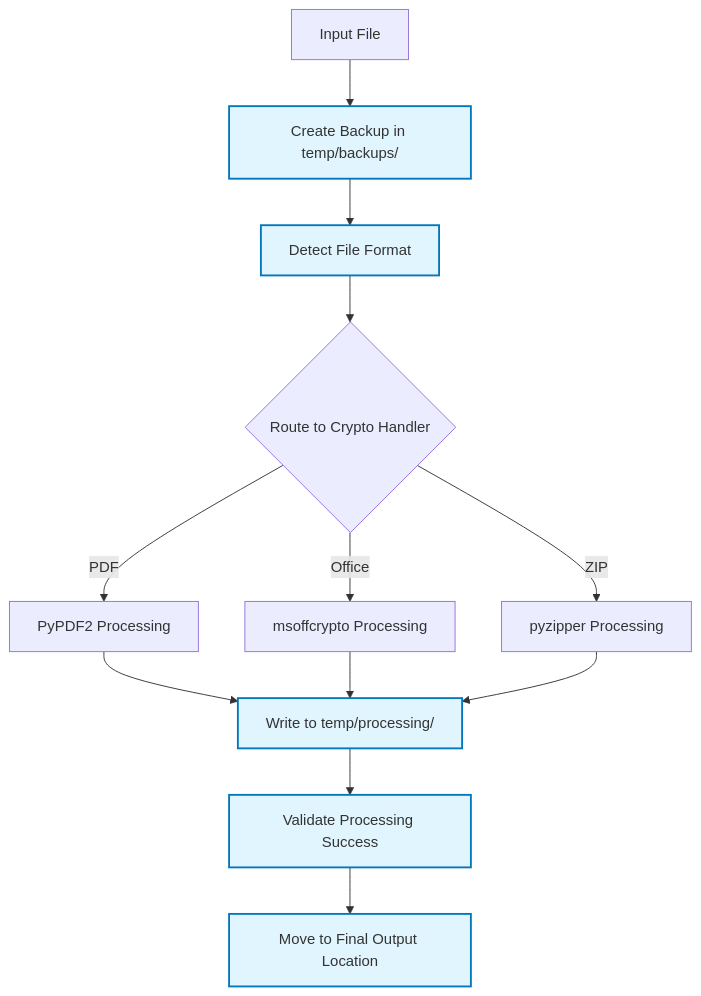
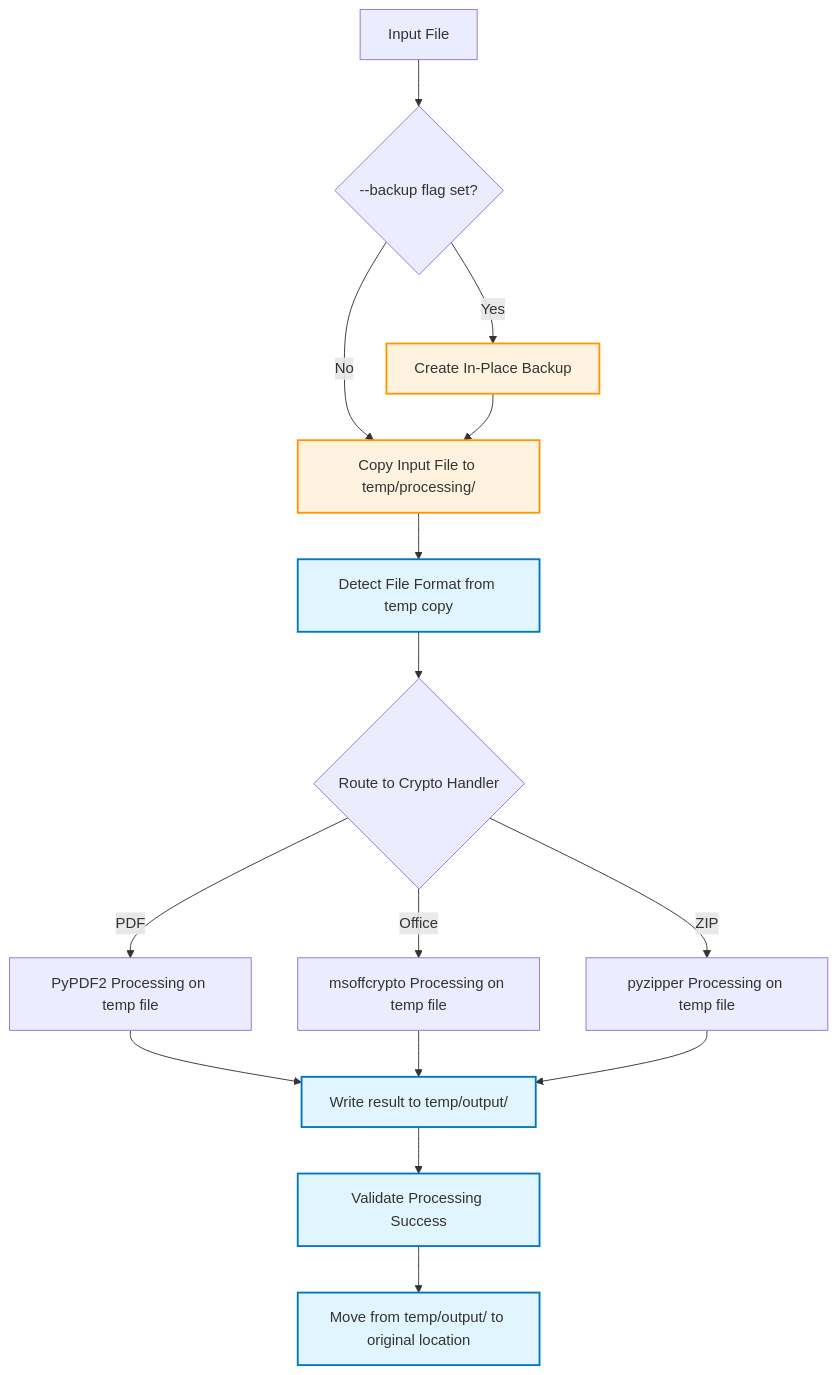
Before and after one commit to tenpainator/fast_pass: the second of 3 diagrams in dev/fastpass_business_logic.md, drawn with Mermaid. The commit also changed other lines of this file and 1 other file, not shown here.

First line of the commit message:
Update backup location to in-place, implement temp-first processing workflow, and add comprehensive password handling

````diff
--- a/dev/fastpass_business_logic.md
+++ b/dev/fastpass_business_logic.md
@@ -63,20 +91,26 @@
 ```mermaid
 flowchart TD
-    FileInput[Input File] --> CreateBackup[Create Backup in temp/backups/]
-    CreateBackup --> DetectFormat[Detect File Format]
+    FileInput[Input File] --> CheckBackup{--backup flag set?}
+    CheckBackup -->|Yes| CreateBackup[Create In-Place Backup]
+    CheckBackup -->|No| MoveToTemp[Copy Input File to temp/processing/]
+    CreateBackup --> MoveToTemp
+    
+    MoveToTemp --> DetectFormat[Detect File Format from temp copy]
     DetectFormat --> RouteToHandler{Route to Crypto Handler}
     
-    RouteToHandler -->|PDF| PDFProcess[PyPDF2 Processing]
-    RouteToHandler -->|Office| OfficeProcess[msoffcrypto Processing]
-    RouteToHandler -->|ZIP| ZipProcess[pyzipper Processing]
+    RouteToHandler -->|PDF| PDFProcess[PyPDF2 Processing on temp file]
+    RouteToHandler -->|Office| OfficeProcess[msoffcrypto Processing on temp file]
+    RouteToHandler -->|ZIP| ZipProcess[pyzipper Processing on temp file]
     
-    PDFProcess --> TempOutput[Write to temp/processing/]
+    PDFProcess --> TempOutput[Write result to temp/output/]
     OfficeProcess --> TempOutput
     ZipProcess --> TempOutput
     
     TempOutput --> ValidateOutput[Validate Processing Success]
-    ValidateOutput --> FinalLocation[Move to Final Output Location]
+    ValidateOutput --> FinalLocation[Move from temp/output/ to original location]
     
     classDef processStep fill:#e1f5fe,stroke:#0277bd,stroke-width:2px
-    class CreateBackup,DetectFormat,TempOutput,ValidateOutput,FinalLocation processStep
+    classDef backupStep fill:#fff3e0,stroke:#ff9800,stroke-width:2px
+    class DetectFormat,TempOutput,ValidateOutput,FinalLocation processStep
+    class CreateBackup,MoveToTemp backupStep
 ```
````
